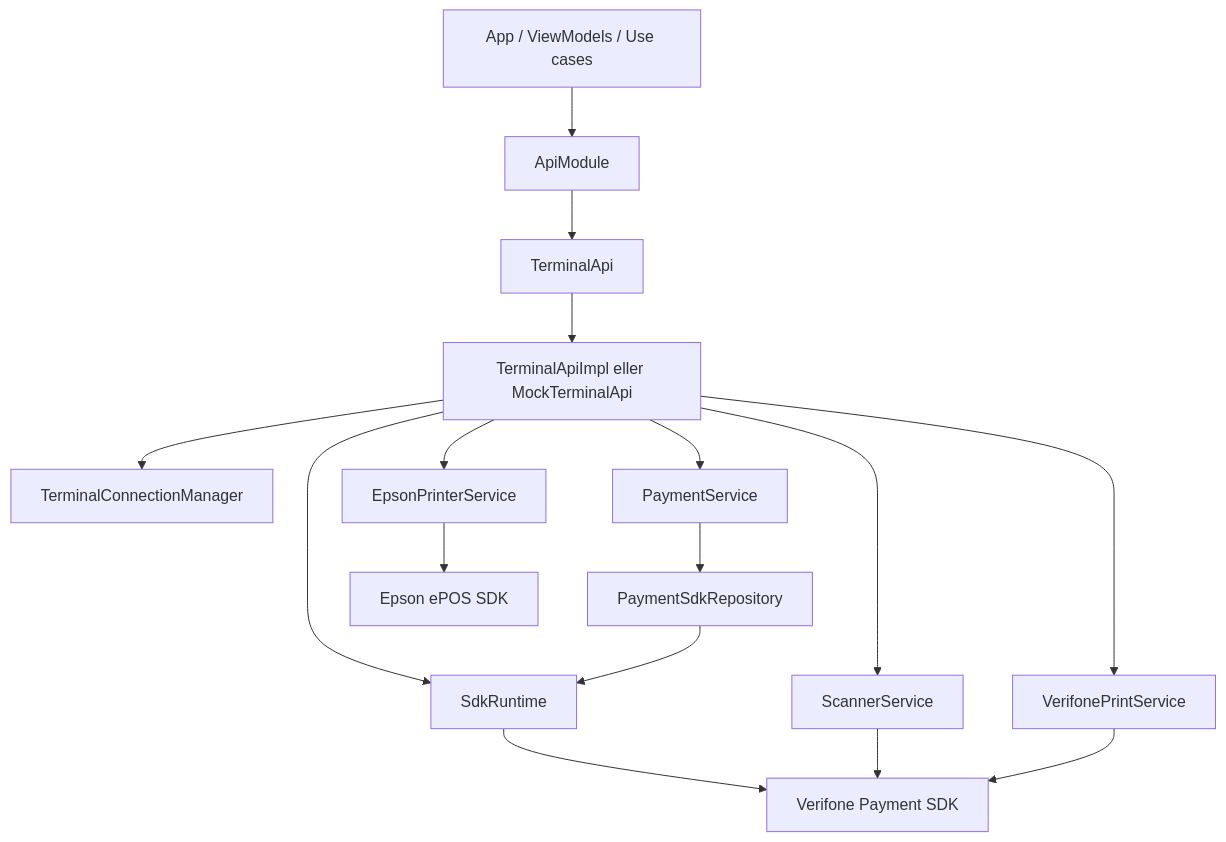
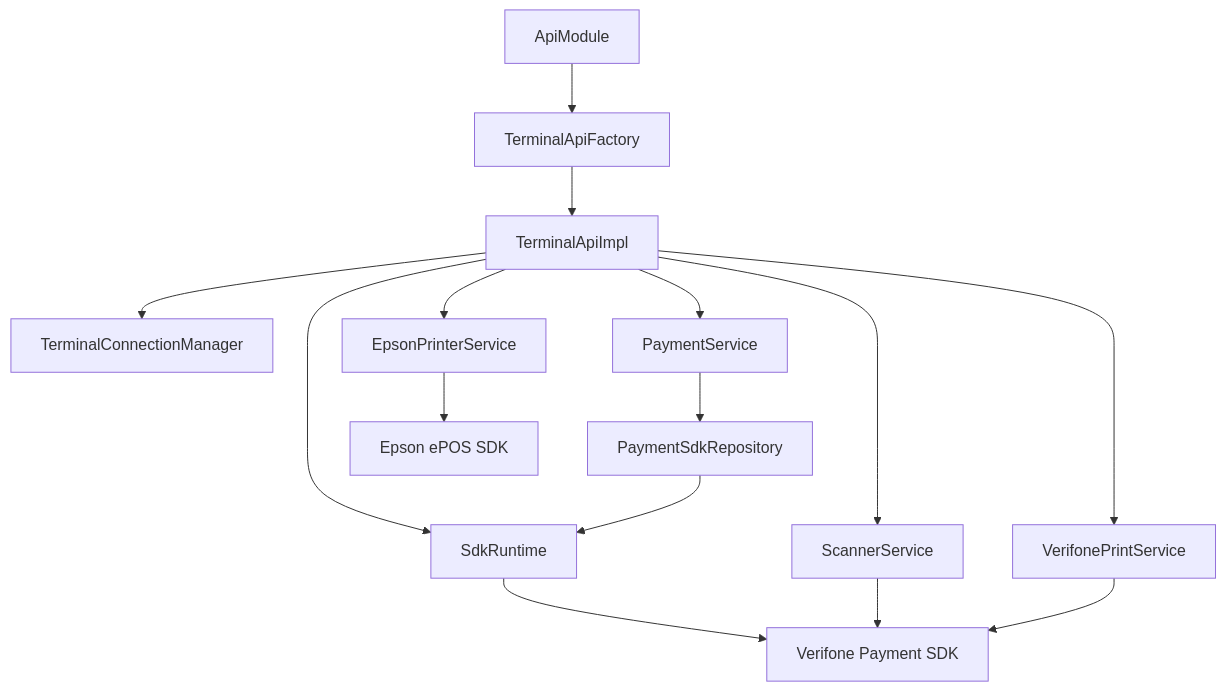
One commit to angelika-friis/docs-verifone-psdk-pos-integration changed the diagram in docs-integration-layer/architecture.md. Above: the diagram before and after it, drawn with Mermaid. The commit also changed other lines of this file and 19 other files, not shown here.

````diff
--- a/docs-integration-layer/architecture.md
+++ b/docs-integration-layer/architecture.md
@@ -6,32 +16,30 @@
 ```mermaid
 flowchart TD
-    App["App / ViewModels / Use cases"]
     ApiModule["ApiModule"]
-    TerminalApi["TerminalApi"]
-    Impl["TerminalApiImpl eller MockTerminalApi"]
+    Factory["TerminalApiFactory"]
+    Api["TerminalApiImpl"]
     Runtime["SdkRuntime"]
     Connection["TerminalConnectionManager"]
     Payment["PaymentService"]
     Repo["PaymentSdkRepository"]
     Scanner["ScannerService"]
-    VerifonePrinter["VerifonePrintService"]
-    EpsonPrinter["EpsonPrinterService"]
+    VPrinter["VerifonePrintService"]
+    EPrinter["EpsonPrinterService"]
     PSDK["Verifone Payment SDK"]
     Epson["Epson ePOS SDK"]
 
-    App --> ApiModule
-    ApiModule --> TerminalApi
-    TerminalApi --> Impl
-    Impl --> Runtime
-    Impl --> Connection
-    Impl --> Payment
+    ApiModule --> Factory
+    Factory --> Api
+    Api --> Runtime
+    Api --> Connection
+    Api --> Payment
     Payment --> Repo
     Repo --> Runtime
-    Impl --> Scanner
-    Impl --> VerifonePrinter
-    Impl --> EpsonPrinter
+    Api --> Scanner
+    Api --> VPrinter
+    Api --> EPrinter
     Runtime --> PSDK
     Scanner --> PSDK
-    VerifonePrinter --> PSDK
-    EpsonPrinter --> Epson
+    VPrinter --> PSDK
+    EPrinter --> Epson
 ```
````
